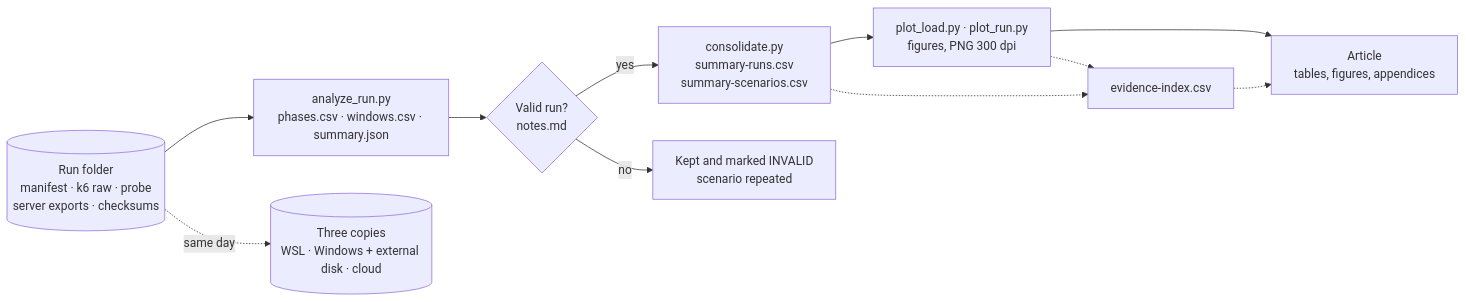
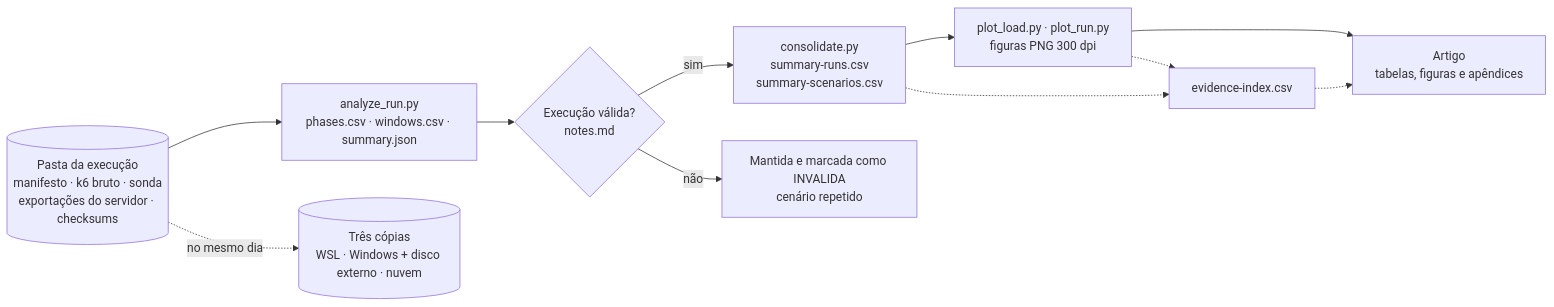
The sixth of 7 diagrams in docs/architecture/README.md (itamarsb/Observability-Engineering-Framework), drawn with Mermaid before and after one commit. The commit also changed other lines of this file and 4 other files, not shown here.

````diff
--- a/docs/architecture/README.md
+++ b/docs/architecture/README.md
@@ -197,20 +197,20 @@
 ```mermaid
 flowchart LR
-    RUN[("Run folder<br/>manifest · k6 raw · probe<br/>server exports · checksums")]
-    BK[("Three copies<br/>WSL · Windows + external disk · cloud")]
+    RUN[("Pasta da execução<br/>manifesto · k6 bruto · sonda<br/>exportações do servidor · checksums")]
+    BK[("Três cópias<br/>WSL · Windows + disco externo · nuvem")]
     AN["analyze_run.py<br/>phases.csv · windows.csv · summary.json"]
-    CHK{"Valid run?<br/>notes.md"}
-    INV["Kept and marked INVALID<br/>scenario repeated"]
+    CHK{"Execução válida?<br/>notes.md"}
+    INV["Mantida e marcada como INVALIDA<br/>cenário repetido"]
     CONS["consolidate.py<br/>summary-runs.csv<br/>summary-scenarios.csv"]
-    FIG["plot_load.py · plot_run.py<br/>figures, PNG 300 dpi"]
+    FIG["plot_load.py · plot_run.py<br/>figuras PNG 300 dpi"]
     IDX["evidence-index.csv"]
-    ART["Article<br/>tables, figures, appendices"]
+    ART["Artigo<br/>tabelas, figuras e apêndices"]
 
     RUN --> AN --> CHK
-    CHK -->|yes| CONS --> FIG --> ART
-    CHK -->|no| INV
-    RUN -.->|"same day"| BK
+    CHK -->|sim| CONS --> FIG --> ART
+    CHK -->|não| INV
+    RUN -.->|"no mesmo dia"| BK
     CONS -.-> IDX
     FIG -.-> IDX
     IDX -.-> ART
 ```
````
